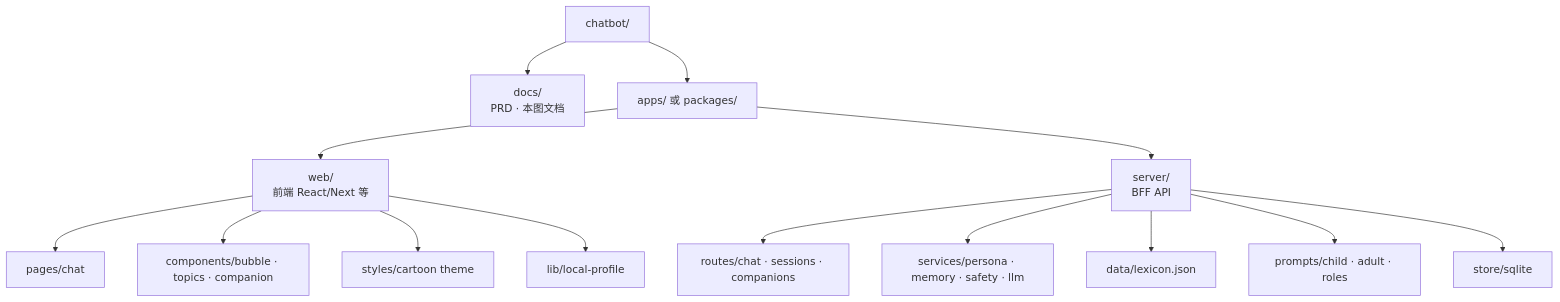
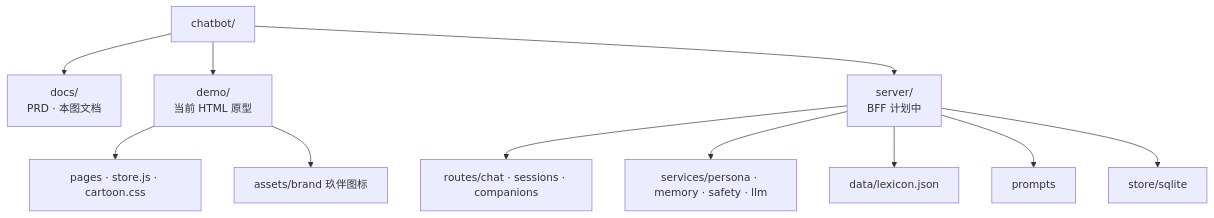
One commit to LinJJ12/EverPal changed the ninth of 11 diagrams in docs/diagrams.md. Above: the diagram before and after it, drawn with Mermaid. The commit also changed other lines of this file and 8 other files, not shown here.

Commit message:
修复 Demo 场景深链与慢放竞态，并同步玖伴文档；当前阶段仅保留 HTML Demo。

````diff
--- a/docs/diagrams.md
+++ b/docs/diagrams.md
@@ -242,20 +243,16 @@
 ```mermaid
 flowchart TB
     ROOT[chatbot/]
     ROOT --> DOCS[docs/<br/>PRD · 本图文档]
-    ROOT --> APPS[apps/ 或 packages/]
+    ROOT --> DEMO[demo/<br/>当前 HTML 原型]
+    ROOT --> SERVER[server/<br/>BFF 计划中]
 
-    APPS --> WEB[web/<br/>前端 React/Next 等]
-    APPS --> SERVER[server/<br/>BFF API]
-
-    WEB --> W1[pages/chat]
-    WEB --> W2[components/bubble · topics · companion]
-    WEB --> W3[styles/cartoon theme]
-    WEB --> W4[lib/local-profile]
+    DEMO --> D1[pages · store.js · cartoon.css]
+    DEMO --> D2[assets/brand 玖伴图标]
 
     SERVER --> S1[routes/chat · sessions · companions]
     SERVER --> S2[services/persona · memory · safety · llm]
     SERVER --> S3[data/lexicon.json]
-    SERVER --> S4[prompts/child · adult · roles]
+    SERVER --> S4[prompts]
     SERVER --> S5[store/sqlite]
 ```
````
